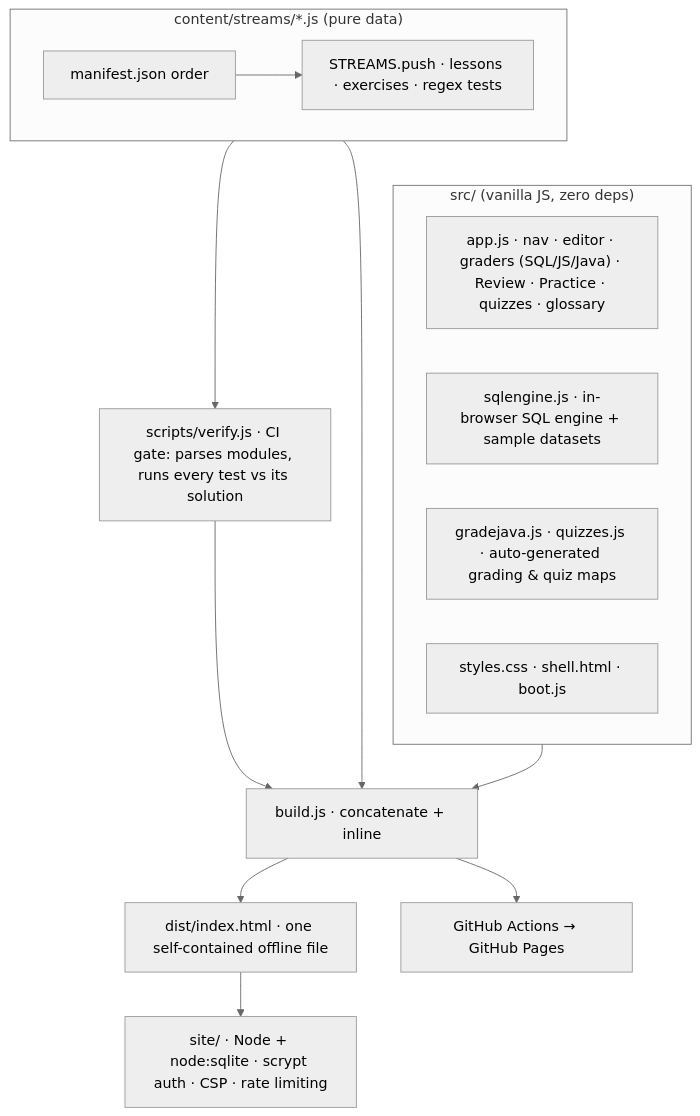
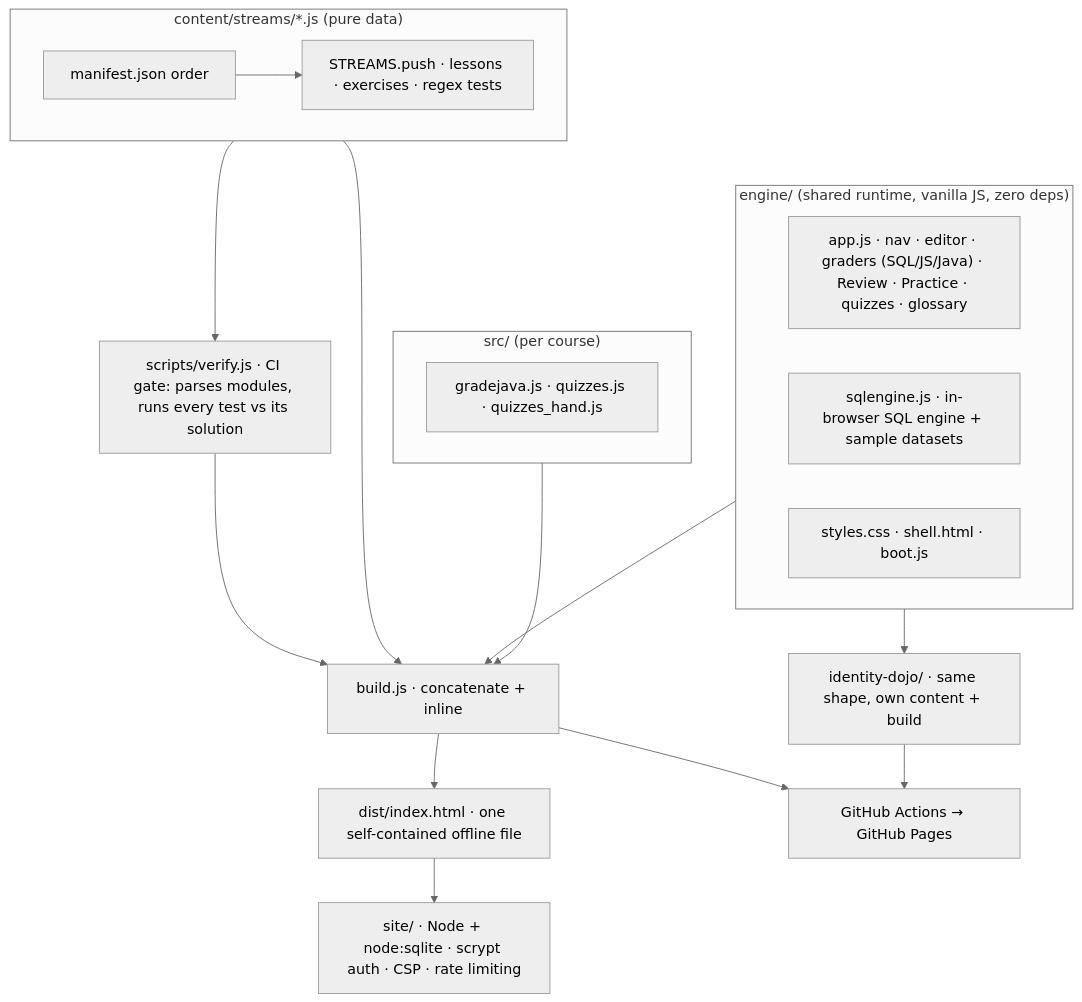
Before and after one commit to rcbart/dojo: the diagram in README.md, drawn with Mermaid (neutral theme). The commit also changed other lines of this file and 14 other files, not shown here.

First line of the commit message:
Extract the shared engine; raise the floor on thin lessons; one site, two courses

````diff
--- a/README.md
+++ b/README.md
@@ -72,25 +72,30 @@
 ```mermaid
 flowchart TD
   subgraph Content["content/streams/*.js  (pure data)"]
     M[manifest.json order] --> S["STREAMS.push · lessons · exercises · regex tests"]
   end
-  subgraph Runtime["src/  (vanilla JS, zero deps)"]
+  subgraph Runtime["engine/  (shared runtime, vanilla JS, zero deps)"]
     A["app.js · nav · editor · graders (SQL/JS/Java) · Review · Practice · quizzes · glossary"]
     E["sqlengine.js · in-browser SQL engine + sample datasets"]
-    G["gradejava.js · quizzes.js · auto-generated grading & quiz maps"]
     C["styles.css · shell.html · boot.js"]
+  end
+  subgraph Course["src/  (per course)"]
+    G["gradejava.js · quizzes.js · quizzes_hand.js"]
   end
   V["scripts/verify.js · CI gate: parses modules, runs every test vs its solution"]
   B["build.js · concatenate + inline"]
   D["dist/index.html · one self-contained offline file"]
   Site["site/ · Node + node:sqlite · scrypt auth · CSP · rate limiting"]
   GH["GitHub Actions → GitHub Pages"]
 
   Content --> B
   Runtime --> B
+  Course --> B
   Content --> V
   V --> B
   B --> D
   D --> Site
   B --> GH
+  Runtime --> ID["identity-dojo/ · same shape, own content + build"]
+  ID --> GH
 ```
````
